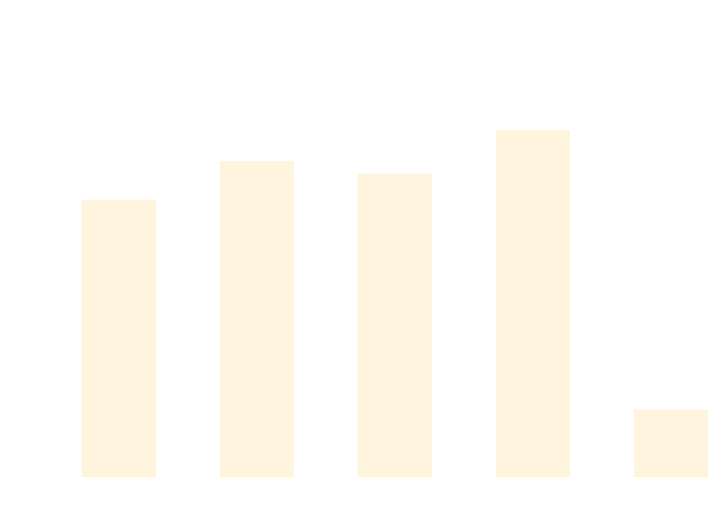
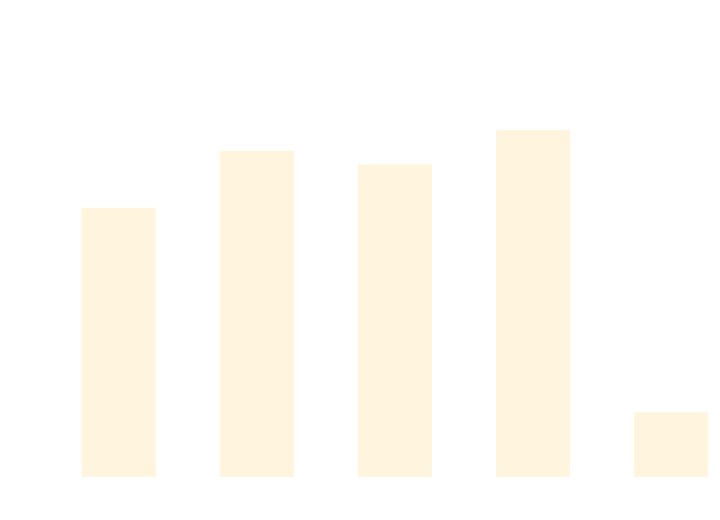
Before and after one commit to thomhurst/TUnit: the diagram in docs/docs/benchmarks/AsyncTests.md, drawn with Mermaid. The commit also changed other lines of this file and 17 other files, not shown here.

````diff
--- a/docs/docs/benchmarks/AsyncTests.md
+++ b/docs/docs/benchmarks/AsyncTests.md
@@ -27,37 +27,37 @@
 ```mermaid
 %%{init: {
   'theme':'base',
   'themeVariables': {
     'primaryColor': '#2563eb',
     'primaryTextColor': '#ffffff',
     'primaryBorderColor': '#1e40af',
     'lineColor': '#6b7280',
     'secondaryColor': '#7c3aed',
     'tertiaryColor': '#dc2626',
     'background': '#ffffff',
     'mainBkg': '#2563eb',
     'secondBkg': '#7c3aed',
     'tertiaryBkg': '#dc2626',
     'clusterBkg': '#f3f4f6',
     'edgeLabelBackground': '#ffffff',
     'tertiaryTextColor': '#1f2937',
     'pie1': '#2563eb',
     'pie2': '#7c3aed',
     'pie3': '#dc2626',
     'pie4': '#f59e0b',
     'pie5': '#10b981',
     'pie6': '#06b6d4',
     'pie7': '#ec4899',
     'pie8': '#6366f1',
     'pie9': '#84cc16',
     'pie10': '#f97316',
     'pie11': '#14b8a6',
     'pie12': '#a855f7'
   }
 }}%%
 xychart-beta
   title "AsyncTests Performance Comparison"
   x-axis ["TUnit", "NUnit", "MSTest", "xUnit3", "TUnit_AOT"]
-  y-axis "Time (ms)" 0 --> 855
-  bar [565.8, 647.2, 620.4, 712.3, 125.3]
+  y-axis "Time (ms)" 0 --> 891
+  bar [572.1, 696.5, 666.7, 742, 124.2]
 ```
````
